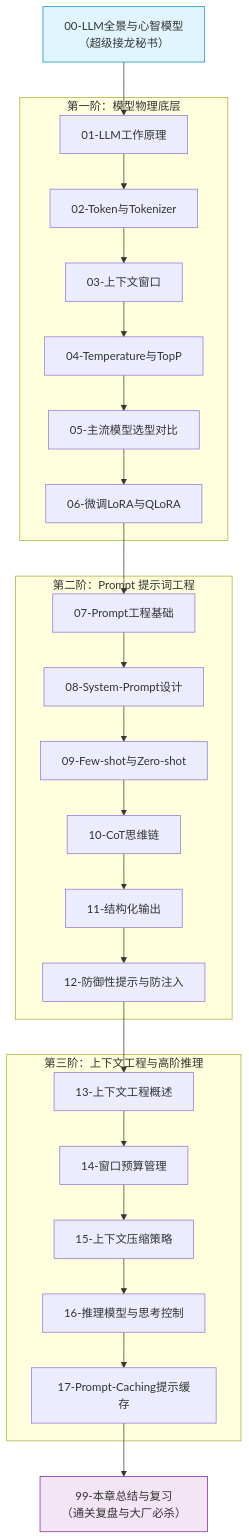
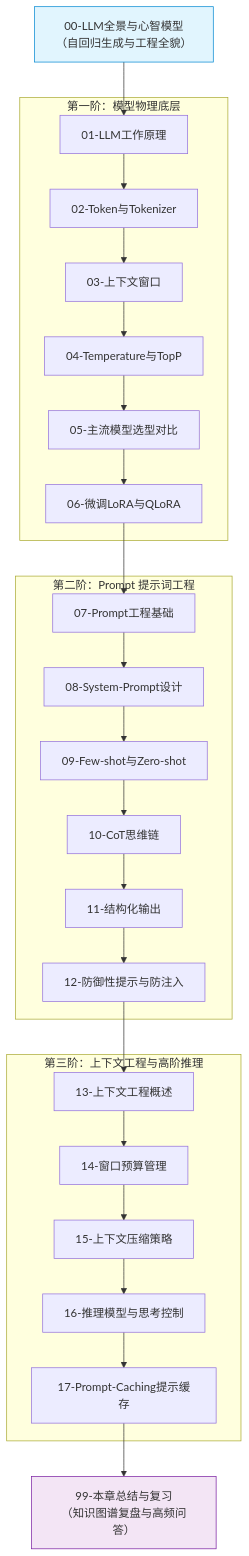
The diagram in 10-AI应用开发/01-LLM基础与Prompt/_index.md (GuoWWWX/knowledge-base), drawn with Mermaid before and after one commit. The commit also changed other lines of this file and 251 other files, not shown here.

````diff
--- a/10-AI应用开发/01-LLM基础与Prompt/_index.md
+++ b/10-AI应用开发/01-LLM基础与Prompt/_index.md
@@ -22,34 +22,34 @@
 ```mermaid
 flowchart TD
-    M0["00-LLM全景与心智模型<br/>（超级接龙秘书）"] --> L1
+    M0["00-LLM全景与心智模型<br/>（自回归生成与工程全貌）"] --> L1
     
     subgraph S1["第一阶：模型物理底层"]
         L1["01-LLM工作原理"] --> L2["02-Token与Tokenizer"]
         L2 --> L3["03-上下文窗口"]
         L3 --> L4["04-Temperature与TopP"]
         L4 --> L5["05-主流模型选型对比"]
         L5 --> L6["06-微调LoRA与QLoRA"]
     end
 
     subgraph S2["第二阶：Prompt 提示词工程"]
         P1["07-Prompt工程基础"] --> P2["08-System-Prompt设计"]
         P2 --> P3["09-Few-shot与Zero-shot"]
         P3 --> P4["10-CoT思维链"]
         P4 --> P5["11-结构化输出"]
         P5 --> P6["12-防御性提示与防注入"]
     end
 
     subgraph S3["第三阶：上下文工程与高阶推理"]
         C1["13-上下文工程概述"] --> C2["14-窗口预算管理"]
         C2 --> C3["15-上下文压缩策略"]
         C3 --> C4["16-推理模型与思考控制"]
         C4 --> C5["17-Prompt-Caching提示缓存"]
     end
 
     L6 --> P1
     P6 --> C1
-    C5 --> SUM["99-本章总结与复习<br/>（通关复盘与大厂必杀）"]
+    C5 --> SUM["99-本章总结与复习<br/>（知识图谱复盘与高频问答）"]
 
     style M0 fill:#e1f5fe,stroke:#0288d1,stroke-width:1px
     style SUM fill:#f3e5f5,stroke:#7b1fa2,stroke-width:1px
 ```
````
